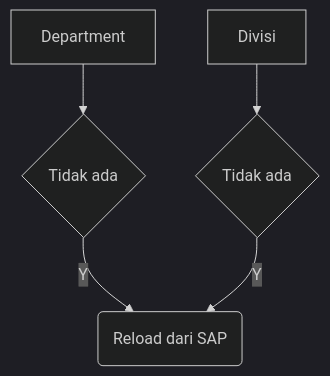
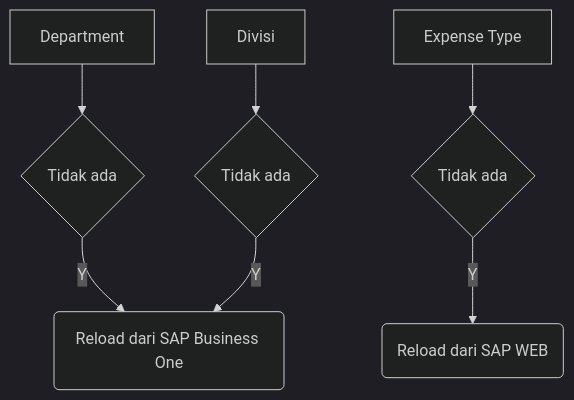
The sixth of 6 diagrams in cnw_je_doc.md (andyut/cnw_doc), drawn with Mermaid (dark theme) before and after one commit. The commit also changed other lines of this file, not shown here.

````diff
--- a/cnw_je_doc.md
+++ b/cnw_je_doc.md
@@ -146,8 +146,11 @@
 ```mermaid
 graph TD
 A[Department] --> B{Tidak ada}
 B -->|Y| C(Reload dari SAP)
 
 D[Divisi] --> B1{Tidak ada}
-B1 -->|Y| C(Reload dari SAP)
+B1 -->|Y| C(Reload dari SAP Business One)
+
+E[Expense Type] --> B2{Tidak ada}
+B2 -->|Y| C2(Reload dari SAP WEB)
 ```
````
